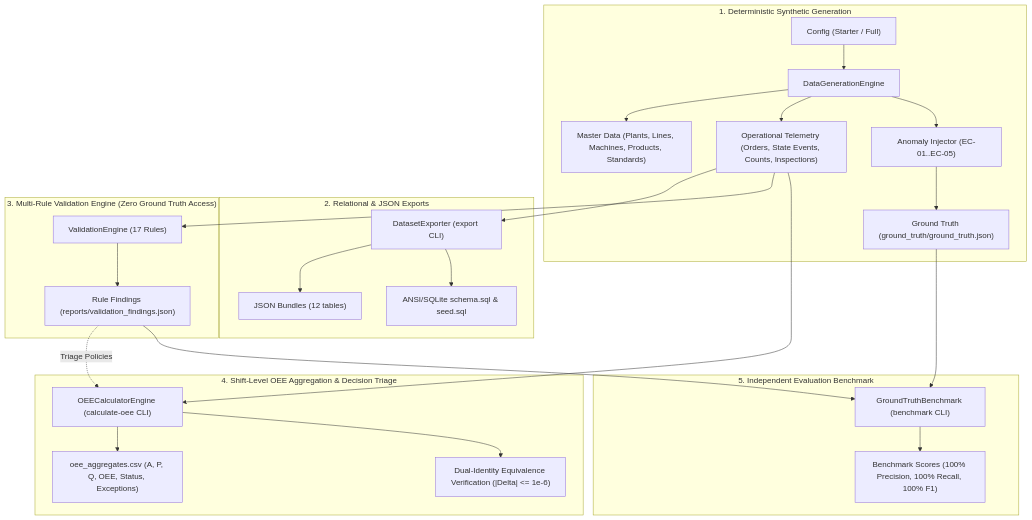
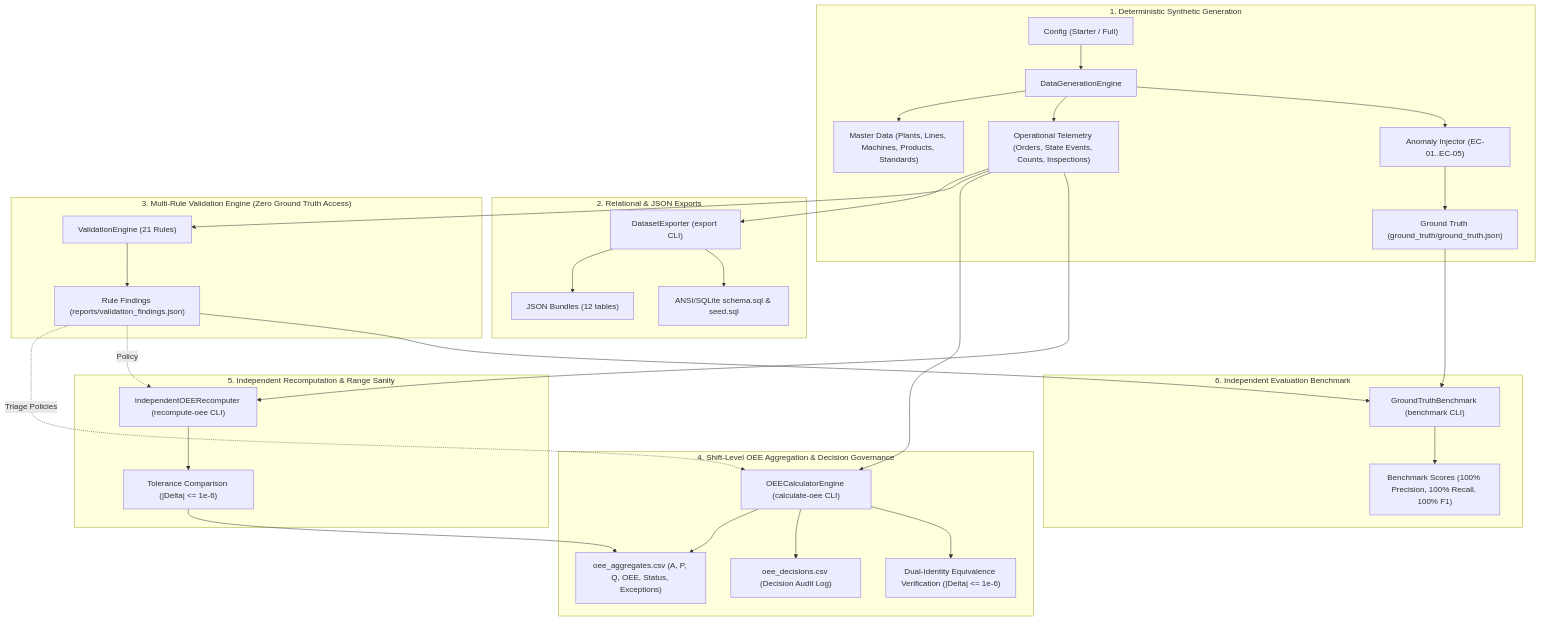
Before and after one commit to abdulhaseebarsalan-coder/yottaflex-ai-oee-challenge: the diagram in README.md, drawn with Mermaid. The commit also changed other lines of this file and 97 other files, not shown here.

````diff
--- a/README.md
+++ b/README.md
@@ -35,34 +37,42 @@
 ```mermaid
 flowchart TD
     subgraph S1["1. Deterministic Synthetic Generation"]
         CFG["Config (Starter / Full)"] --> GEN["DataGenerationEngine"]
         GEN --> MASTER["Master Data (Plants, Lines, Machines, Products, Standards)"]
         GEN --> OPS["Operational Telemetry (Orders, State Events, Counts, Inspections)"]
         GEN --> INJ["Anomaly Injector (EC-01..EC-05)"]
         INJ --> GT["Ground Truth (ground_truth/ground_truth.json)"]
     end
 
     subgraph S2["2. Relational & JSON Exports"]
         OPS --> EXP["DatasetExporter (export CLI)"]
         EXP --> JSON_OUT["JSON Bundles (12 tables)"]
         EXP --> SQL_OUT["ANSI/SQLite schema.sql & seed.sql"]
     end
 
     subgraph S3["3. Multi-Rule Validation Engine (Zero Ground Truth Access)"]
-        OPS --> VAL["ValidationEngine (17 Rules)"]
+        OPS --> VAL["ValidationEngine (21 Rules)"]
         VAL --> FINDINGS["Rule Findings (reports/validation_findings.json)"]
     end
 
-    subgraph S4["4. Shift-Level OEE Aggregation & Decision Triage"]
+    subgraph S4["4. Shift-Level OEE Aggregation & Decision Governance"]
         OPS --> OEE["OEECalculatorEngine (calculate-oee CLI)"]
         FINDINGS -. Triage Policies .-> OEE
         OEE --> AGGS["oee_aggregates.csv (A, P, Q, OEE, Status, Exceptions)"]
+        OEE --> DEC["oee_decisions.csv (Decision Audit Log)"]
         OEE --> IDENT["Dual-Identity Equivalence Verification (|Delta| <= 1e-6)"]
     end
 
-    subgraph S5["5. Independent Evaluation Benchmark"]
+    subgraph S5["5. Independent Recomputation & Range Sanity"]
+        OPS --> RECOMP["IndependentOEERecomputer (recompute-oee CLI)"]
+        FINDINGS -. Policy .-> RECOMP
+        RECOMP --> CMP["Tolerance Comparison (|Delta| <= 1e-6)"]
+        CMP --> AGGS
+    end
+
+    subgraph S6["6. Independent Evaluation Benchmark"]
         FINDINGS --> BENCH["GroundTruthBenchmark (benchmark CLI)"]
         GT --> BENCH
         BENCH --> METRICS["Benchmark Scores (100% Precision, 100% Recall, 100% F1)"]
     end
 ```
````
